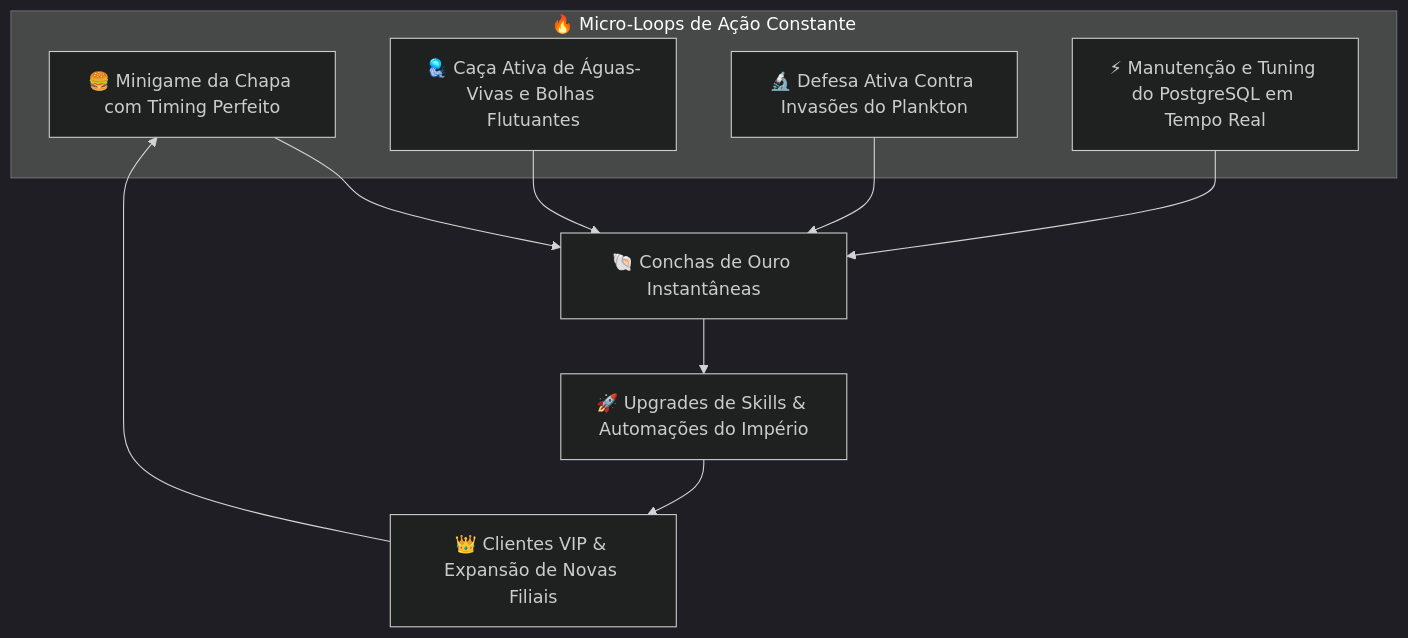
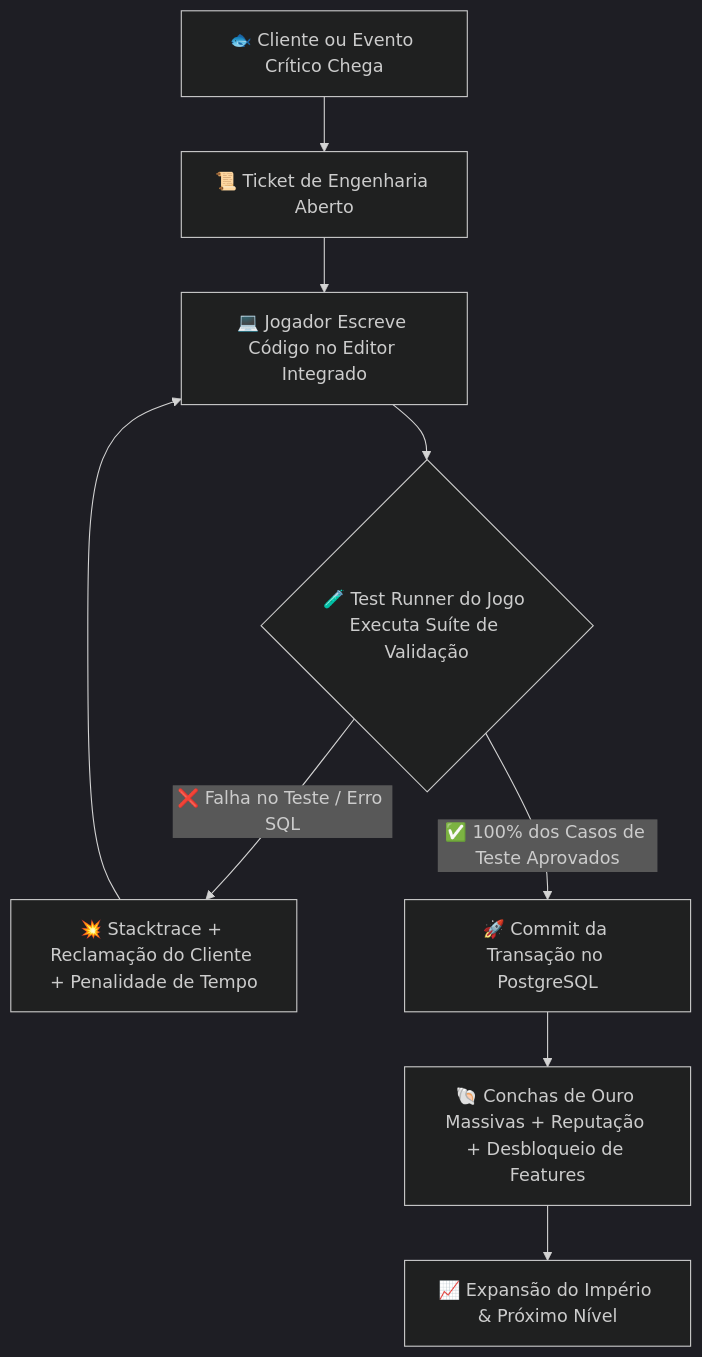
Before and after one commit to criperrr/java-fx-debora: the first of 2 diagrams in PRD_BIKINI_BOTTOM_TYCOON.md, drawn with Mermaid (dark theme). The commit also changed other lines of this file, not shown here.

Commit message:
docs(prd): reformular PRD definitivo com desafios de programacao reais, engine de testes in-game e Task Complexa do Apagao de Domingo

````diff
--- a/PRD_BIKINI_BOTTOM_TYCOON.md
+++ b/PRD_BIKINI_BOTTOM_TYCOON.md
@@ -33,18 +85,11 @@
 ```mermaid
 flowchart TD
-    subgraph S["🔥 Micro-Loops de Ação Constante"]
-        A["🍔 Minigame da Chapa com Timing Perfeito"]
-        B["🪼 Caça Ativa de Águas-Vivas e Bolhas Flutuantes"]
-        C["🔬 Defesa Ativa Contra Invasões do Plankton"]
-        D["⚡ Manutenção e Tuning do PostgreSQL em Tempo Real"]
-    end
-
-    A --> E["🐚 Conchas de Ouro Instantâneas"]
-    B --> E
-    C --> E
-    D --> E
-
-    E --> F["🚀 Upgrades de Skills & Automações do Império"]
-    F --> G["👑 Clientes VIP & Expansão de Novas Filiais"]
-    G --> A
+    A["🐟 Cliente ou Evento Crítico Chega"] --> B["📜 Ticket de Engenharia Aberto"]
+    B --> C["💻 Jogador Escreve Código no Editor Integrado"]
+    C --> D{"🧪 Test Runner do Jogo Executa Suíte de Validação"}
+    D -- "❌ Falha no Teste / Erro SQL" --> E["💥 Stacktrace + Reclamação do Cliente + Penalidade de Tempo"]
+    E --> C
+    D -- "✅ 100% dos Casos de Teste Aprovados" --> F["🚀 Commit da Transação no PostgreSQL"]
+    F --> G["🐚 Conchas de Ouro Massivas + Reputação + Desbloqueio de Features"]
+    G --> H["📈 Expansão do Império & Próximo Nível"]
 ```
````
